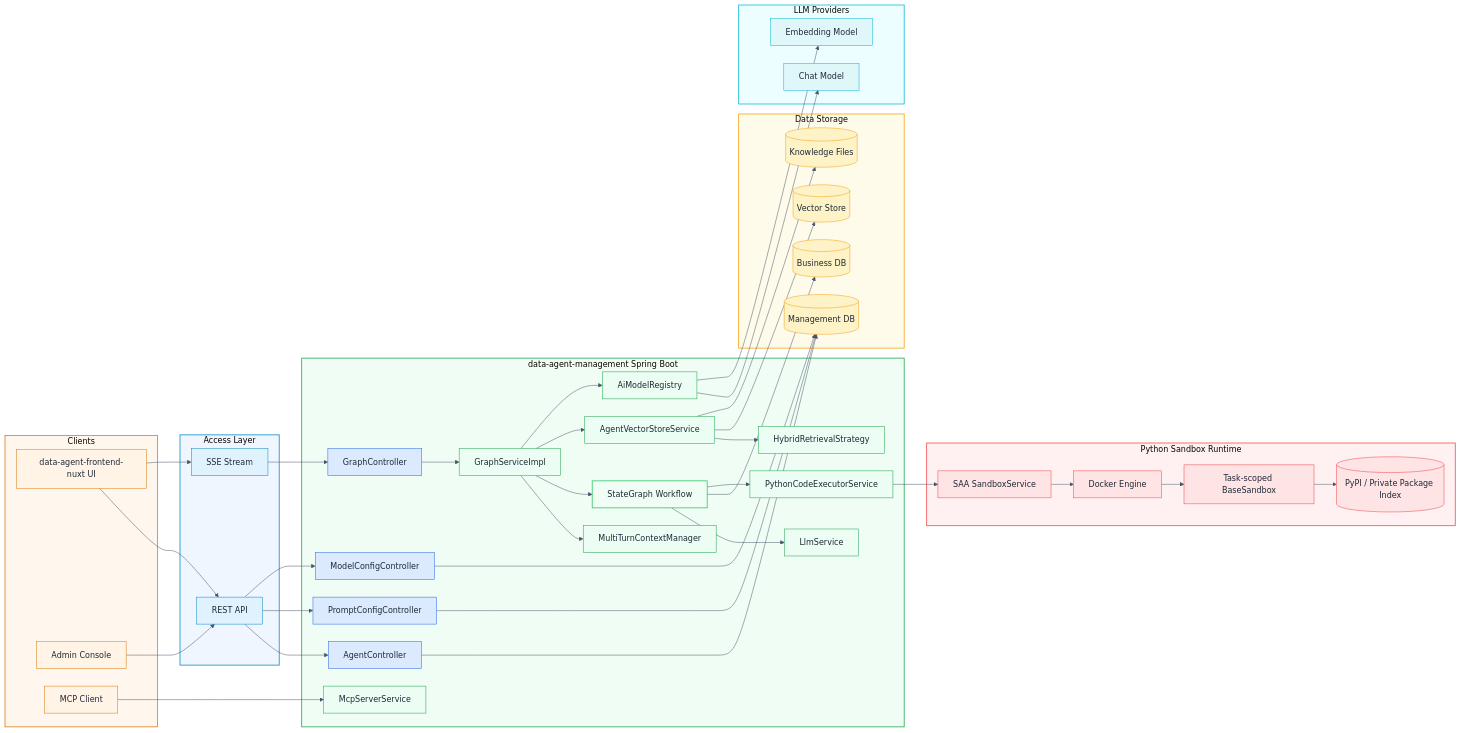
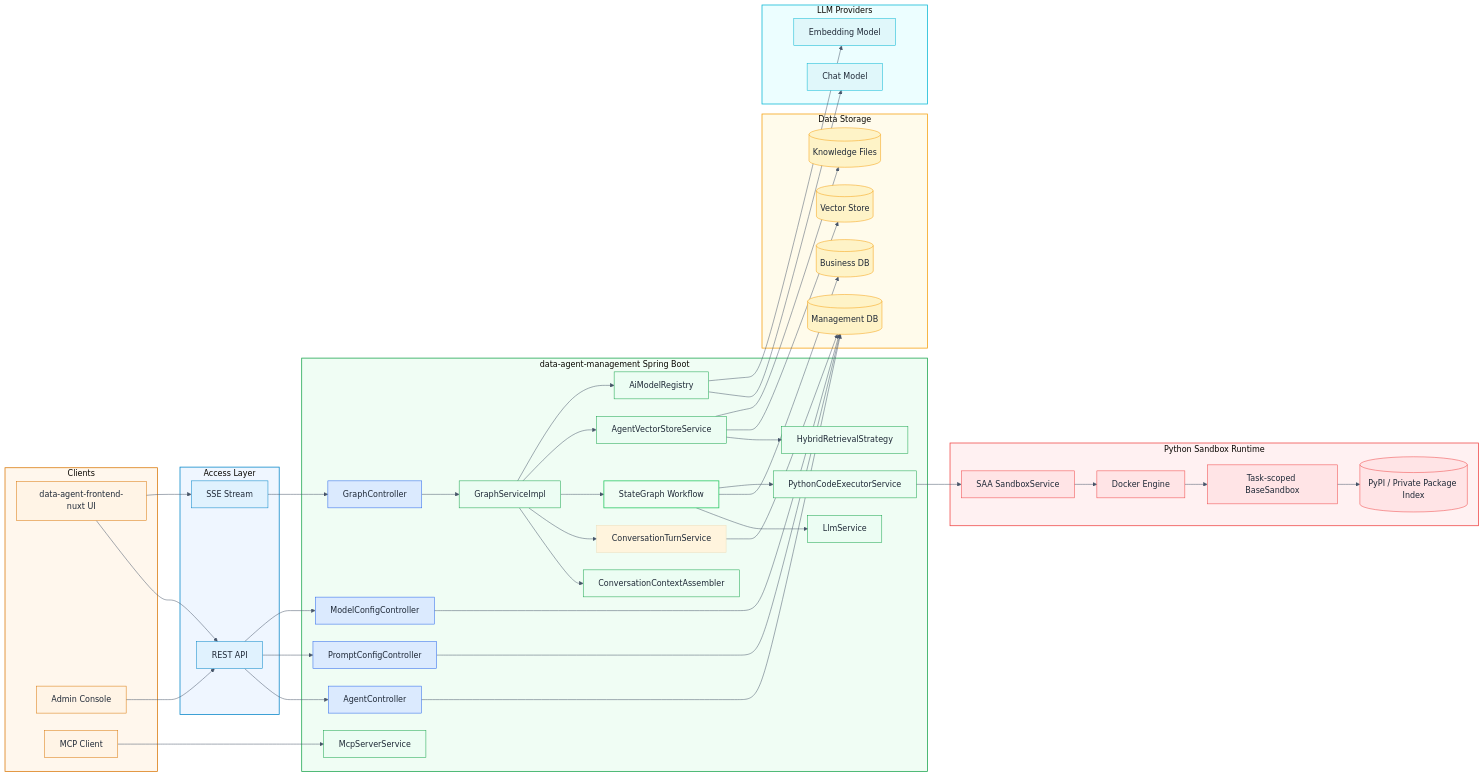
One commit to spring-ai-alibaba/DataAgent changed the first of 18 diagrams in docs/ARCHITECTURE-en.md. Above: the diagram before and after it, drawn with Mermaid. The commit also changed other lines of this file and 69 other files, not shown here.

```diff
--- a/docs/ARCHITECTURE-en.md
+++ b/docs/ARCHITECTURE-en.md
@@ -26,7 +26,8 @@
     PromptCtl[PromptConfigController]
     ModelCtl[ModelConfigController]
     GraphSvc[GraphServiceImpl]
-    Context[MultiTurnContextManager]
+    Context[ConversationContextAssembler]
+    TurnMemory[ConversationTurnService]
     Graph[StateGraph Workflow]
     LlmSvc[LlmService]
     ModelRegistry[AiModelRegistry]
@@ -65,6 +66,8 @@
   SSE --> GraphCtl
   GraphCtl --> GraphSvc
   GraphSvc --> Context
+  GraphSvc --> TurnMemory
+  TurnMemory --> MetaDB
   GraphSvc --> Graph
   Graph --> LlmSvc
   GraphSvc --> VectorSvc
```
